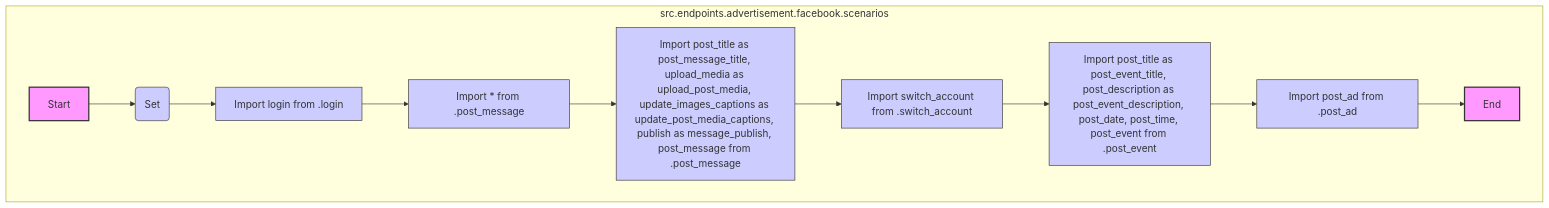
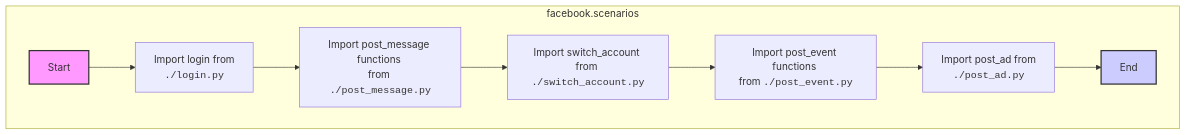
The second of 2 diagrams in docs/gemini/ru/explainer/src/endpoints/advertisement/facebook/scenarios/__init__.py.md (hypo69/hypo), drawn with Mermaid before and after one commit. The commit also changed other lines of this file and 1505 other files, not shown here.

````diff
--- a/docs/gemini/ru/explainer/src/endpoints/advertisement/facebook/scenarios/__init__.py.md
+++ b/docs/gemini/ru/explainer/src/endpoints/advertisement/facebook/scenarios/__init__.py.md
@@ -39,20 +46,14 @@
 ```mermaid
 flowchart TD
-    subgraph src.endpoints.advertisement.facebook.scenarios
-        Start[Start] --> SetMode(Set )
-        SetMode --> ImportLogin[Import login from .login]
-        ImportLogin --> ImportPostMessage[Import * from .post_message]
-        ImportPostMessage --> ImportRenamedPostMessage[Import post_title as post_message_title, upload_media as upload_post_media, update_images_captions as update_post_media_captions, publish as message_publish, post_message from .post_message]
-        ImportRenamedPostMessage --> ImportSwitchAccount[Import switch_account from .switch_account]
-        ImportSwitchAccount --> ImportPostEvent[Import post_title as post_event_title, post_description as post_event_description, post_date, post_time, post_event from .post_event]
-        ImportPostEvent --> ImportPostAd[Import post_ad from .post_ad]
-        ImportPostAd --> End[End]
-        
-        style Start fill:#f9f,stroke:#333,stroke-width:2px
-        style End fill:#f9f,stroke:#333,stroke-width:2px
-        
-        classDef module fill:#ccf,stroke:#333,stroke-width:1px
-        class SetMode,ImportLogin,ImportPostMessage,ImportRenamedPostMessage,ImportSwitchAccount,ImportPostEvent,ImportPostAd module;
+    subgraph facebook.scenarios
+        Start[Start] --> ImportLogin[Import login from <br><code>./login.py</code>];
+        ImportLogin --> ImportPostMessage[Import post_message functions <br>from <code>./post_message.py</code>]
+        ImportPostMessage --> ImportSwitchAccount[Import switch_account from <br><code>./switch_account.py</code>]
+        ImportSwitchAccount --> ImportPostEvent[Import post_event functions <br>from <code>./post_event.py</code>];
+        ImportPostEvent --> ImportPostAd[Import post_ad from <br><code>./post_ad.py</code>];
+        ImportPostAd --> End[End];
     end
 
+    style Start fill:#f9f,stroke:#333,stroke-width:2px
+    style End fill:#ccf,stroke:#333,stroke-width:2px
 ```
````
